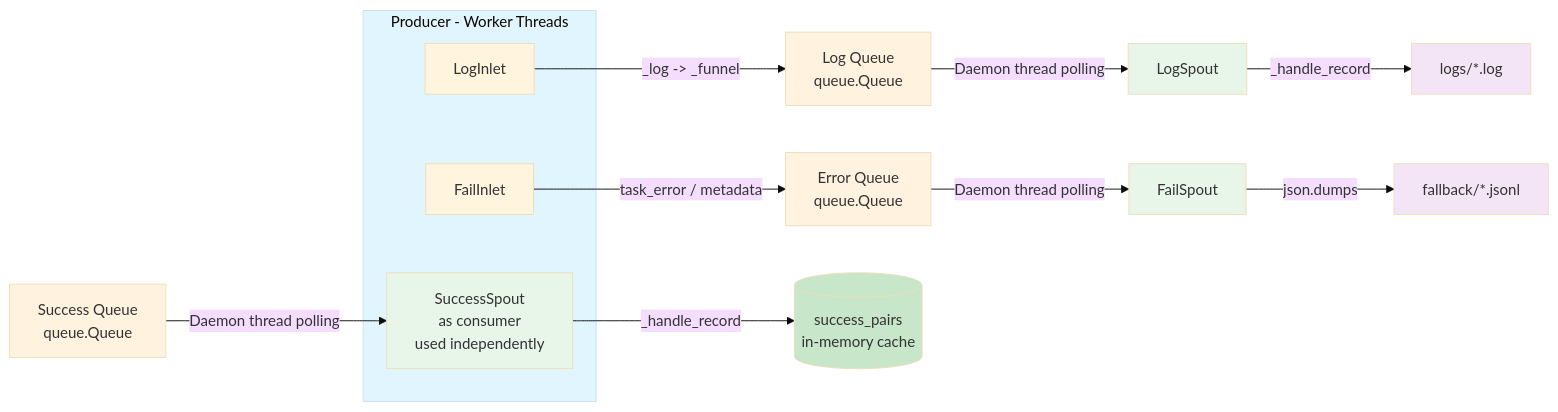
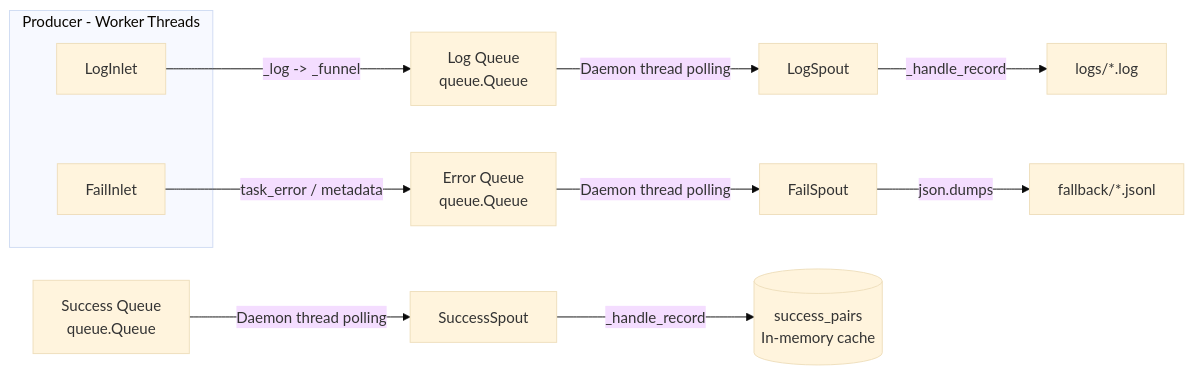
Before and after one commit to Mr-xiaotian/CelestialFlow: the diagram in docs/en/src/persistence/__init__.md, drawn with Mermaid (base theme). The commit also changed other lines of this file and 278 other files, not shown here.

````diff
--- a/docs/en/src/persistence/__init__.md
+++ b/docs/en/src/persistence/__init__.md
@@ -95,37 +80,19 @@
 ```mermaid
 flowchart LR
-    subgraph Producer["Producer - Worker Threads"]
+    subgraph Producer[Producer - Worker Threads]
         LogInlet[LogInlet]
         FailInlet[FailInlet]
-        SuccessSpout[SuccessSpout
-as consumer
-used independently]
     end
 
-    LogInlet -->|_log -> _funnel| LogQueue[Log Queue
-queue.Queue]
-    FailInlet -->|task_error / metadata| FailQueue[Error Queue
-queue.Queue]
+    LogInlet -->|_log -> _funnel| LogQueue[Log Queue<br/>queue.Queue]
+    FailInlet -->|task_error / metadata| FailQueue[Error Queue<br/>queue.Queue]
 
     LogQueue -->|Daemon thread polling| LogSpout[LogSpout]
     FailQueue -->|Daemon thread polling| FailSpout[FailSpout]
 
     LogSpout -->|_handle_record| LogFile[logs/*.log]
     FailSpout -->|json.dumps| FailFile[fallback/*.jsonl]
 
-    SrcQueue[Success Queue
-queue.Queue] -->|Daemon thread polling| SuccessSpout
-    SuccessSpout -->|_handle_record| Cache[(success_pairs
-in-memory cache)]
-
-    style Producer fill:#e1f5fe
-    style LogQueue fill:#fff3e0
-    style FailQueue fill:#fff3e0
-    style SrcQueue fill:#fff3e0
-    style LogSpout fill:#e8f5e9
-    style FailSpout fill:#e8f5e9
-    style SuccessSpout fill:#e8f5e9
-    style LogFile fill:#f3e5f5
-    style FailFile fill:#f3e5f5
-    style Cache fill:#c8e6c9
+    SrcQueue[Success Queue<br/>queue.Queue] -->|Daemon thread polling| SuccessSpout[SuccessSpout]
+    SuccessSpout -->|_handle_record| Cache[(success_pairs<br/>In-memory cache)]
 ```
````
